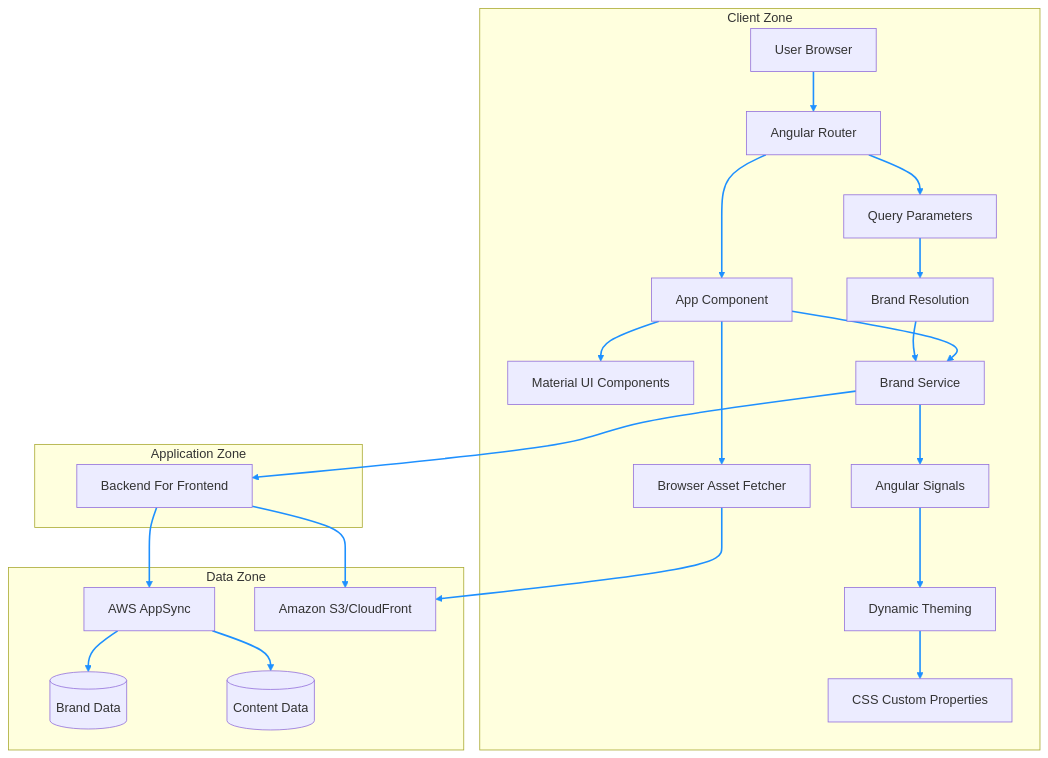
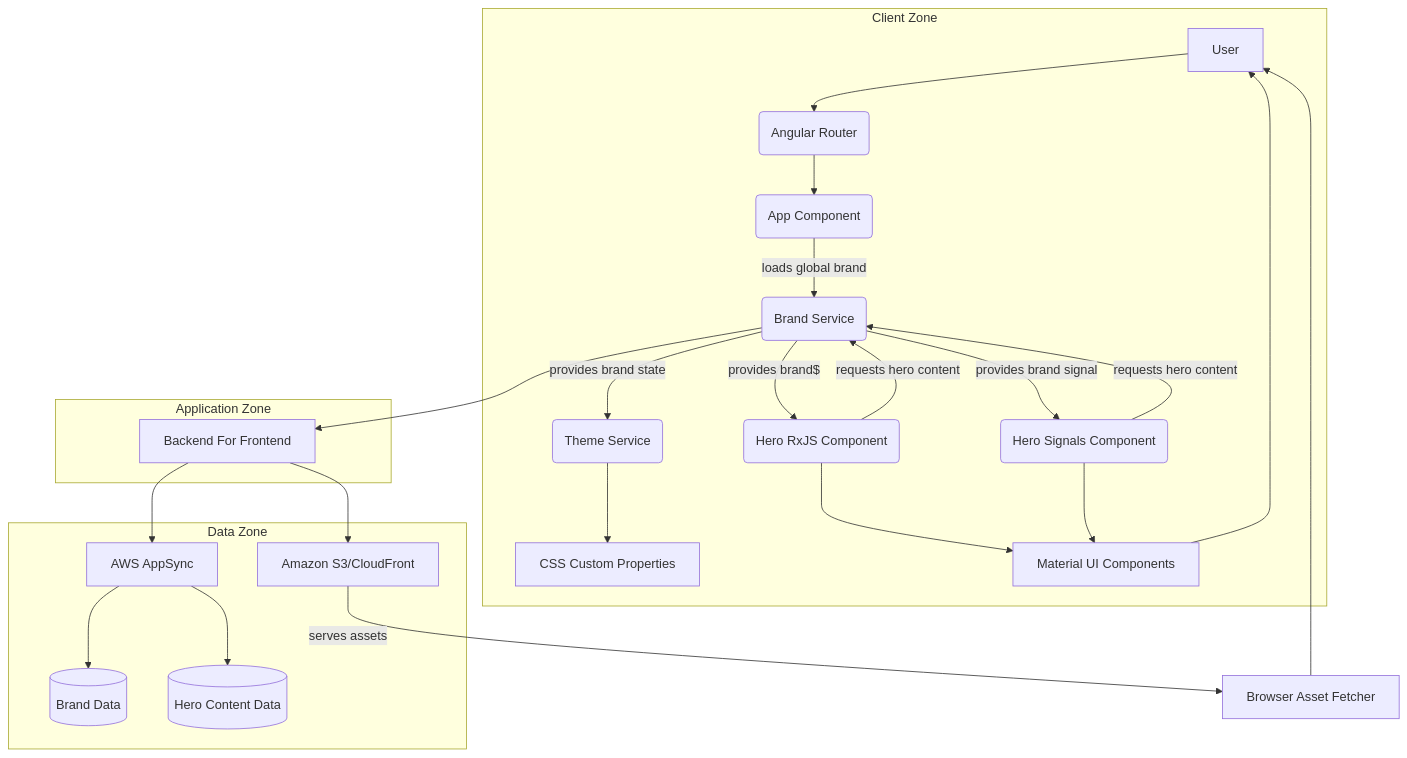
One commit to taji/ng-multi-brand changed the first of 2 diagrams in architecture/architecture.md. Above: the diagram before and after it, drawn with Mermaid.

````diff
--- a/architecture/architecture.md
+++ b/architecture/architecture.md
@@ -5,50 +5,39 @@
 ```mermaid
-graph TB
-    %% make connectors visible everywhere
-    linkStyle default stroke:#1E90FF,stroke-width:2px;
+graph TD
+    subgraph "Client Zone"
+        U[User] --> R(Angular Router)
+        R --> A(App Component)
+        A -- "loads global brand" --> BS(Brand Service)
+        BS -- "provides brand state" --> TS(Theme Service)
+        TS --> CSS[CSS Custom Properties]
 
-    subgraph "Client Zone"
-        User[User Browser]
-        Router[Angular Router]
-        App[App Component]
-        QueryParams[Query Parameters]
-        BrandResolver[Brand Resolution]
-        UI[Material UI Components]
-        BrandService[Brand Service]
-        Signals[Angular Signals]
-        Theme[Dynamic Theming]
-        CSS[CSS Custom Properties]
-        BrowserAssetFetcher[Browser Asset Fetcher]
+        BS -- "provides brand$" --> HRX(Hero RxJS Component)
+        HRX -- "requests hero content" --> BS
+        BS -- "provides brand signal" --> HSG(Hero Signals Component)
+        HSG -- "requests hero content" --> BS
 
-        User --> Router
-        Router --> App
-        App --> BrandService
-        App --> UI
-        BrandService --> Signals
-        Signals --> Theme
-        Theme --> CSS
-        Router --> QueryParams
-        QueryParams --> BrandResolver
-        BrandResolver --> BrandService
-        App --> BrowserAssetFetcher
+        HRX --> UI[Material UI Components]
+        HSG --> UI
+        UI --> U
     end
 
     subgraph "Application Zone"
         BFF[Backend For Frontend]
     end
 
     subgraph "Data Zone"
         AS[AWS AppSync]
         S3CF[Amazon S3/CloudFront]
-        BrandData[(Brand Data)]
-        ContentData[(Content Data)]
+        BD[(Brand Data)]
+        HCD[(Hero Content Data)]
 
-        AS --> BrandData
-        AS --> ContentData
-        BrowserAssetFetcher --> S3CF
+        AS --> BD
+        AS --> HCD
     end
 
-    BrandService --> BFF
+    BS --> BFF
     BFF --> AS
     BFF --> S3CF
+    S3CF -- "serves assets" --> Browser[Browser Asset Fetcher]
+    Browser --> U
 ```
````
